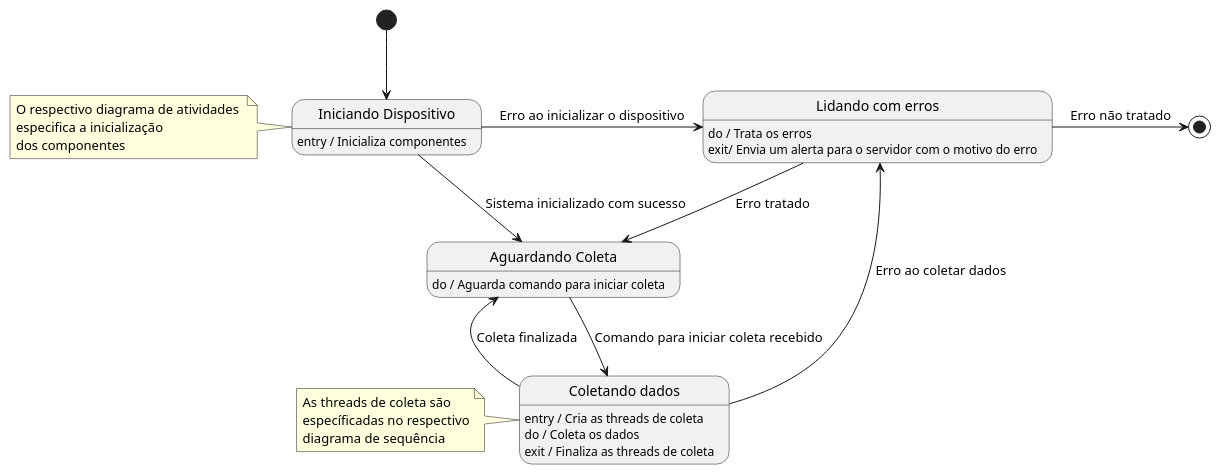
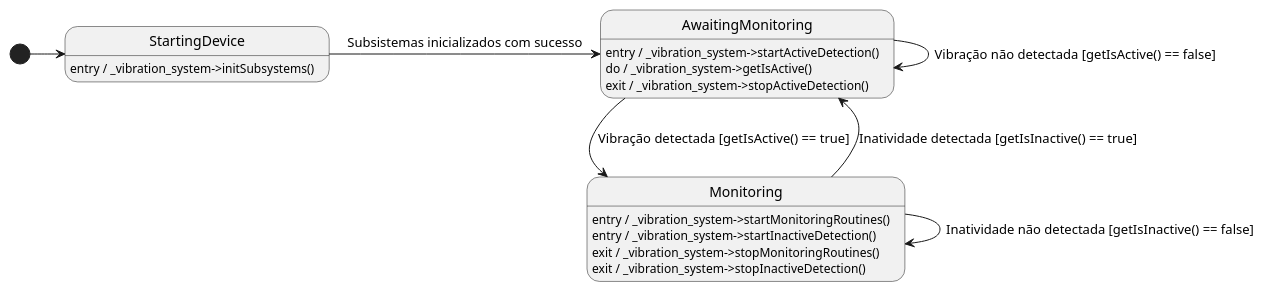
The diagram in diagramas/States.pu (PHM-araujo/Vibration_Sensor), drawn with PlantUML before and after one commit. The commit also changed 2 other files, not shown here.

```diff
--- a/diagramas/States.pu
+++ b/diagramas/States.pu
@@ -1,40 +1,25 @@
 @startuml Diagrama de estados
-[*] --> initDevice
+[*] -right-> initDevice
 
-state "Iniciando Dispositivo" as initDevice {
-    initDevice: entry / Inicializa componentes
+state "StartingDevice" as initDevice {
+    initDevice: entry / _vibration_system->initSubsystems()
 }
-initDevice -down-> aguardadoColeta: Sistema inicializado com sucesso
-initDevice -> erroHandling: Erro ao inicializar o dispositivo
-note left of initDevice
-    O respectivo diagrama de atividades 
-    especifica a inicialização 
-    dos componentes
-end note
+initDevice -right-> aguardadoColeta: Subsistemas inicializados com sucesso
 
-state "Aguardando Coleta" as aguardadoColeta {
-    aguardadoColeta: do / Aguarda comando para iniciar coleta
+state "AwaitingMonitoring" as aguardadoColeta {
+    aguardadoColeta: entry / _vibration_system->startActiveDetection()
+    aguardadoColeta: do / _vibration_system->getIsActive()
+    aguardadoColeta: exit / _vibration_system->stopActiveDetection()
 }
-aguardadoColeta -> coletandoDados: Comando para iniciar coleta recebido
+aguardadoColeta -> coletandoDados: Vibração detectada [getIsActive() == true]
+aguardadoColeta -> aguardadoColeta: Vibração não detectada [getIsActive() == false]
 
-state "Coletando dados" as coletandoDados {
-    coletandoDados: entry / Cria as threads de coleta
-    coletandoDados: do / Coleta os dados
-    coletandoDados: exit / Finaliza as threads de coleta
+state "Monitoring" as coletandoDados {
+    coletandoDados: entry / _vibration_system->startMonitoringRoutines()
+    coletandoDados: entry / _vibration_system->startInactiveDetection()
+    coletandoDados: exit / _vibration_system->stopMonitoringRoutines()
+    coletandoDados: exit / _vibration_system->stopInactiveDetection()
 }
-coletandoDados -down-> aguardadoColeta: Coleta finalizada
-coletandoDados -down-> erroHandling: Erro ao coletar dados
-note left of coletandoDados
-    As threads de coleta são
-    específicadas no respectivo
-    diagrama de sequência
-end note
-
-state "Lidando com erros" as erroHandling {
-    erroHandling: do / Trata os erros
-    erroHandling: exit/ Envia um alerta para o servidor com o motivo do erro
-}
-erroHandling --> aguardadoColeta: Erro tratado
-erroHandling -right-> [*]: Erro não tratado
-
+coletandoDados -down-> aguardadoColeta: Inatividade detectada [getIsInactive() == true]
+coletandoDados -> coletandoDados: Inatividade não detectada [getIsInactive() == false]
 @enduml
```
